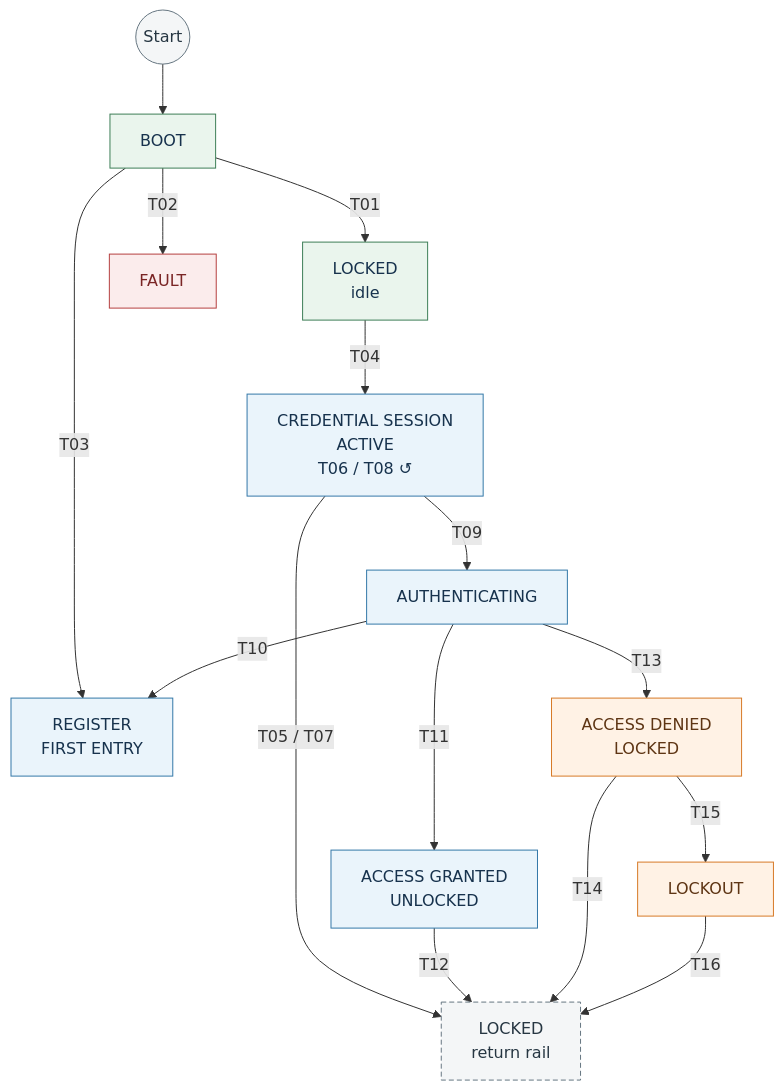
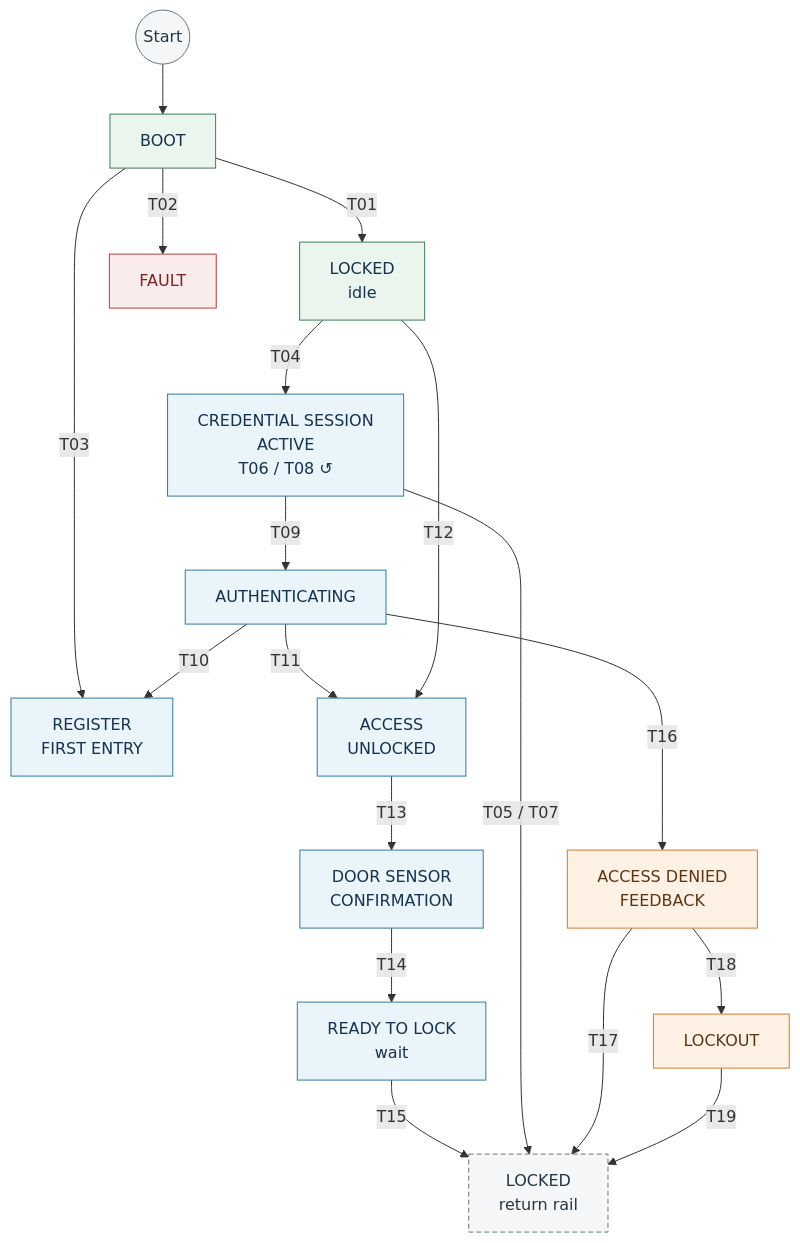
One commit to JP-REY/STM32F103C8T6-Based-Electronic-Lock changed the second of 7 diagrams in Libs/Services/Lock_Control/README.md. Above: the diagram before and after it, drawn with Mermaid. The commit also changed other lines of this file and 2 other files, not shown here.

First line of the commit message:
feature(lock-control): add door-aware relock flow

````diff
--- a/Libs/Services/Lock_Control/README.md
+++ b/Libs/Services/Lock_Control/README.md
@@ -458,35 +494,39 @@
 ```mermaid
 flowchart TB
     START((Start)) --> BOOT["BOOT"]
 
     BOOT -->|T01| LOCKED["LOCKED<br/>idle"]
     BOOT -->|T02| FAULT["FAULT"]
     BOOT -->|T03| FIRST["REGISTER<br/>FIRST ENTRY"]
 
     LOCKED -->|T04| ENTRY["CREDENTIAL SESSION<br/>ACTIVE<br/>T06 / T08 ↺"]
     ENTRY -->|T09| AUTH["AUTHENTICATING"]
 
     AUTH -->|T10| FIRST
-    AUTH -->|T11| GRANTED["ACCESS GRANTED<br/>UNLOCKED"]
-    AUTH -->|T13| DENIED["ACCESS DENIED<br/>LOCKED"]
+    AUTH -->|T11| ACCESS["ACCESS<br/>UNLOCKED"]
+    LOCKED -->|T12| ACCESS
 
-    ENTRY -->|"T05 / T07"| RETURN["LOCKED<br/>return rail"]
-    GRANTED -->|T12| RETURN
-    DENIED -->|T14| RETURN
-    DENIED -->|T15| LOCKOUT["LOCKOUT"]
-    LOCKOUT -->|T16| RETURN
+    ACCESS -->|T13| CONFIRM["DOOR SENSOR<br/>CONFIRMATION"]
+    CONFIRM -->|T14| READY["READY TO LOCK<br/>wait"]
+    READY -->|T15| RETURN["LOCKED<br/>return rail"]
+
+    AUTH -->|T16| DENIED["ACCESS DENIED<br/>FEEDBACK"]
+    ENTRY -->|"T05 / T07"| RETURN
+    DENIED -->|T17| RETURN
+    DENIED -->|T18| LOCKOUT["LOCKOUT"]
+    LOCKOUT -->|T19| RETURN
 
     classDef initial fill:#f4f6f7,stroke:#667681,color:#263642
     classDef secure fill:#eaf5ed,stroke:#3d7e57,color:#17324d
     classDef active fill:#eaf4fb,stroke:#3478a8,color:#17324d
     classDef denied fill:#fff2e5,stroke:#d77a27,color:#5e3514
     classDef connector fill:#f4f6f7,stroke:#667681,color:#263642,stroke-dasharray: 5 3
     classDef fault fill:#fbecec,stroke:#b54040,color:#7a2525
 
     class START initial
     class BOOT,LOCKED secure
-    class ENTRY,AUTH,GRANTED,FIRST active
+    class ENTRY,AUTH,ACCESS,CONFIRM,READY,FIRST active
     class DENIED,LOCKOUT denied
     class RETURN connector
     class FAULT fault
 ```
````
